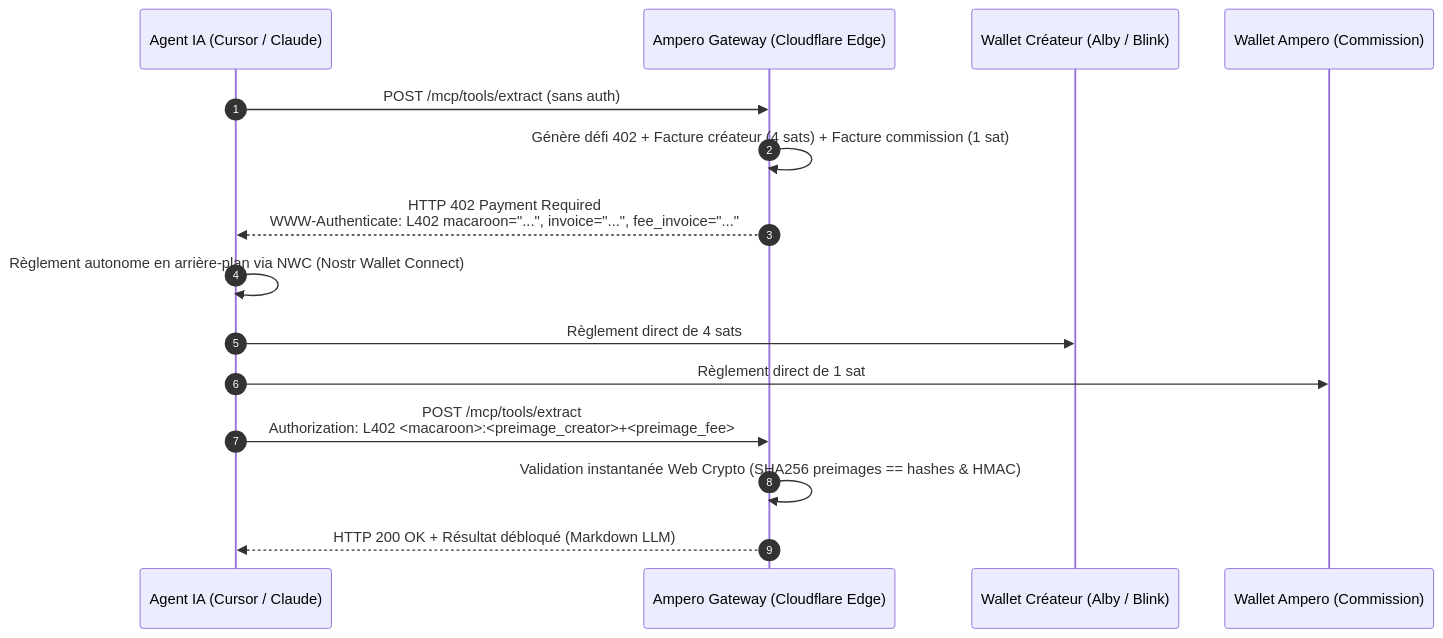
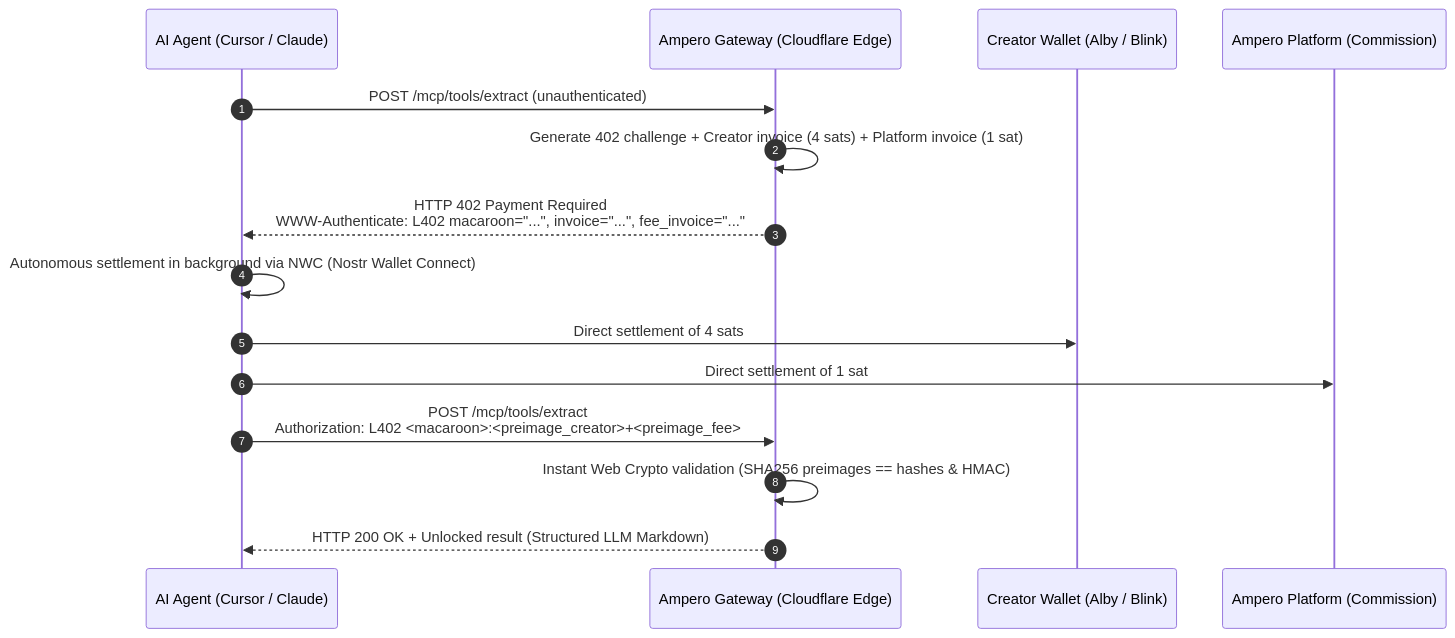
The diagram in README.md (amperodev/ampero), drawn with Mermaid before and after one commit. The commit also changed other lines of this file, not shown here.

````diff
--- a/README.md
+++ b/README.md
@@ -28,20 +28,20 @@
 ```mermaid
 sequenceDiagram
     autonumber
-    participant Agent as Agent IA (Cursor / Claude)
+    participant Agent as AI Agent (Cursor / Claude)
     participant Edge as Ampero Gateway (Cloudflare Edge)
-    participant Creator as Wallet Créateur (Alby / Blink)
-    participant Platform as Wallet Ampero (Commission)
+    participant Creator as Creator Wallet (Alby / Blink)
+    participant Platform as Ampero Platform (Commission)
 
-    Agent->>Edge: POST /mcp/tools/extract (sans auth)
-    Edge->>Edge: Génère défi 402 + Facture créateur (4 sats) + Facture commission (1 sat)
+    Agent->>Edge: POST /mcp/tools/extract (unauthenticated)
+    Edge->>Edge: Generate 402 challenge + Creator invoice (4 sats) + Platform invoice (1 sat)
     Edge-->>Agent: HTTP 402 Payment Required<br/>WWW-Authenticate: L402 macaroon="...", invoice="...", fee_invoice="..."
     
-    Agent->>Agent: Règlement autonome en arrière-plan via NWC (Nostr Wallet Connect)
-    Agent->>Creator: Règlement direct de 4 sats
-    Agent->>Platform: Règlement direct de 1 sat
+    Agent->>Agent: Autonomous settlement in background via NWC (Nostr Wallet Connect)
+    Agent->>Creator: Direct settlement of 4 sats
+    Agent->>Platform: Direct settlement of 1 sat
     
     Agent->>Edge: POST /mcp/tools/extract<br/>Authorization: L402 <macaroon>:<preimage_creator>+<preimage_fee>
-    Edge->>Edge: Validation instantanée Web Crypto (SHA256 preimages == hashes & HMAC)
-    Edge-->>Agent: HTTP 200 OK + Résultat débloqué (Markdown LLM)
+    Edge->>Edge: Instant Web Crypto validation (SHA256 preimages == hashes & HMAC)
+    Edge-->>Agent: HTTP 200 OK + Unlocked result (Structured LLM Markdown)
 ```
````
